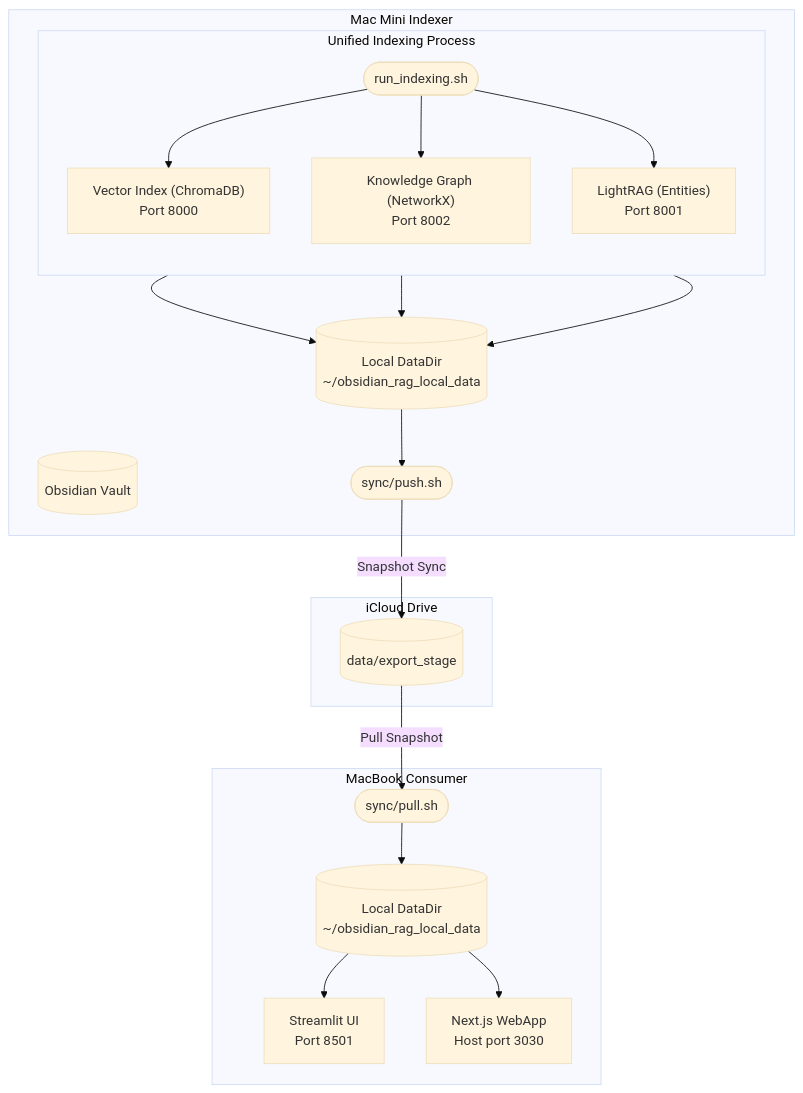
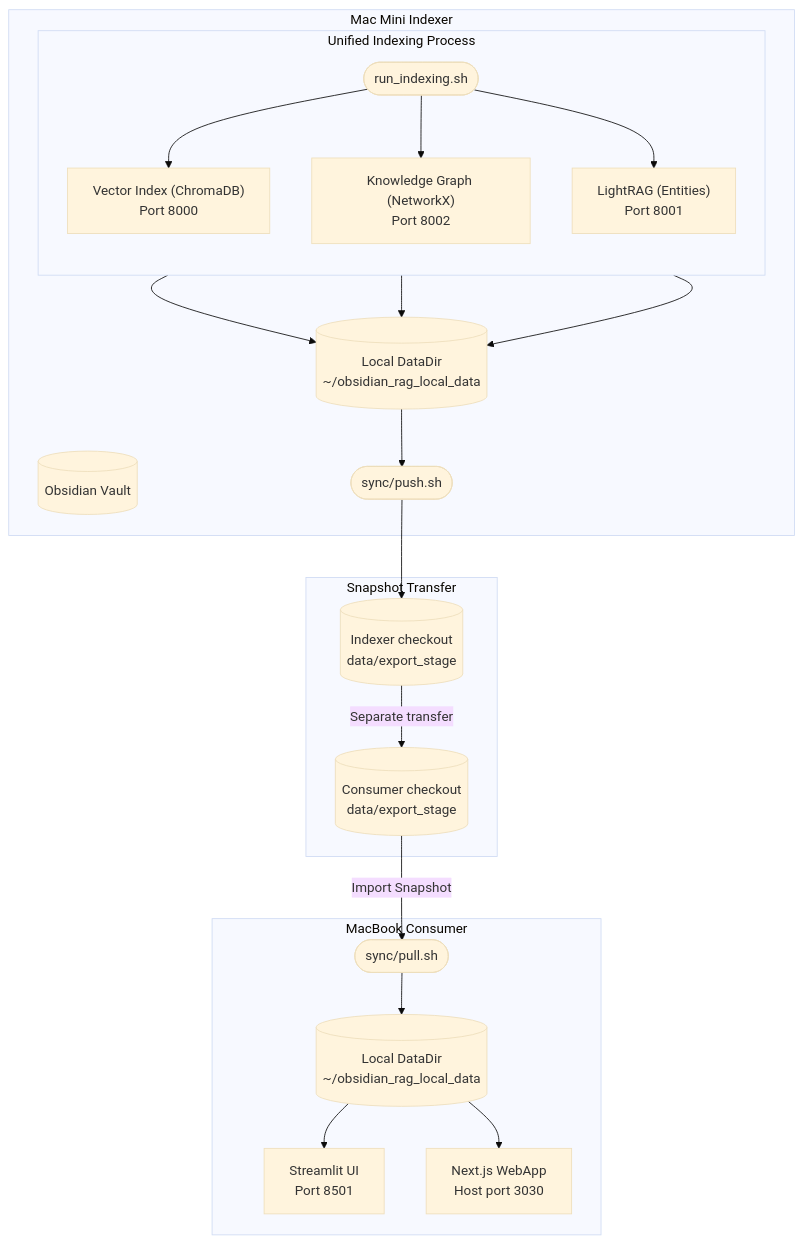
The diagram in Documentation/operations/setup/INDEXING_SCRIPTS_GUIDE.md (powskierman/obsidian_rag), drawn with Mermaid (base theme) before and after one commit. The commit also changed other lines of this file and 12 other files, not shown here.

````diff
--- a/Documentation/operations/setup/INDEXING_SCRIPTS_GUIDE.md
+++ b/Documentation/operations/setup/INDEXING_SCRIPTS_GUIDE.md
@@ -177,29 +186,30 @@
 ```mermaid
 flowchart TD
     subgraph Mini [Mac Mini Indexer]
         Vault[("Obsidian Vault")]
         
         subgraph Indexers [Unified Indexing Process]
             direction TB
             Script(["run_indexing.sh"])
             Vector["Vector Index (ChromaDB)<br>Port 8000"]
             Graph["Knowledge Graph (NetworkX)<br>Port 8002"]
             LR["LightRAG (Entities)<br>Port 8001"]
         end
         
         Script --> Vector & Graph & LR
         Vector & Graph & LR --> LocalData[("Local DataDir<br>~/obsidian_rag_local_data")]
         LocalData --> PushScript(["sync/push.sh"])
     end
 
-    subgraph Cloud [iCloud Drive]
-        PushScript -->|Snapshot Sync| CloudStore[("data/export_stage")]
+    subgraph Transfer [Snapshot Transfer]
+        PushScript --> ExportStage[("Indexer checkout<br>data/export_stage")]
+        ExportStage -->|Separate transfer| ImportStage[("Consumer checkout<br>data/export_stage")]
     end
 
     subgraph MB [MacBook Consumer]
-        CloudStore -->|Pull Snapshot| PullScript(["sync/pull.sh"])
+        ImportStage -->|Import Snapshot| PullScript(["sync/pull.sh"])
         PullScript --> MBLocal[("Local DataDir<br>~/obsidian_rag_local_data")]
         MBLocal --> Streamlit["Streamlit UI<br>Port 8501"]
         MBLocal --> WebApp["Next.js WebApp<br>Host port 3030"]
     end
 ```
````
